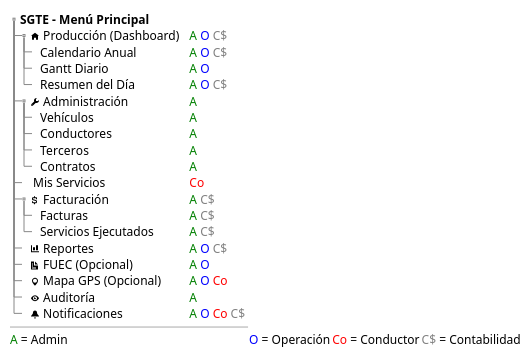
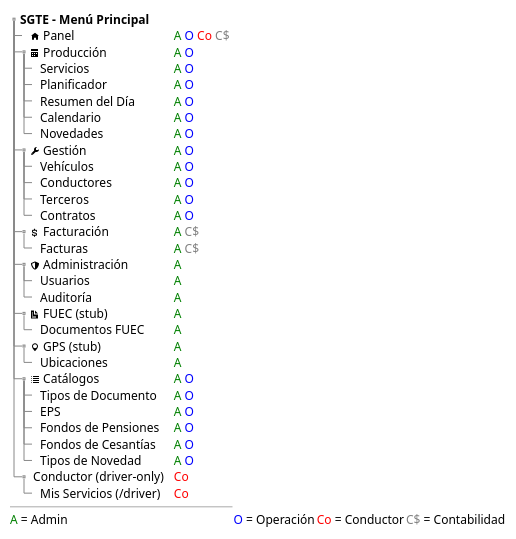
One commit to cristian-home/sgte-app changed the eighth of 8 diagrams in docs/navigation.md. Above: the diagram before and after it, drawn with PlantUML. The commit also changed other lines of this file and 12 other files, not shown here.

````diff
--- a/docs/navigation.md
+++ b/docs/navigation.md
@@ -448,29 +461,40 @@
 ```plantuml
 @startsalt
 {
   {T
     + <b>SGTE - Menú Principal</b>
-    ++ <&home> Producción (Dashboard)       | <color:green>A</color> <color:blue>O</color> <color:gray>C$</color>
-    +++ Calendario Anual                     | <color:green>A</color> <color:blue>O</color> <color:gray>C$</color>
-    +++ Gantt Diario                         | <color:green>A</color> <color:blue>O</color>
-    +++ Resumen del Día                      | <color:green>A</color> <color:blue>O</color> <color:gray>C$</color>
-    ++ <&wrench> Administración              | <color:green>A</color>
-    +++ Vehículos                            | <color:green>A</color>
-    +++ Conductores                          | <color:green>A</color>
-    +++ Terceros                             | <color:green>A</color>
-    +++ Contratos                            | <color:green>A</color>
-    ++ <&truck> Mis Servicios                | <color:red>Co</color>
-    ++ <&dollar> Facturación                 | <color:green>A</color> <color:gray>C$</color>
-    +++ Facturas                             | <color:green>A</color> <color:gray>C$</color>
-    +++ Servicios Ejecutados                 | <color:green>A</color> <color:gray>C$</color>
-    ++ <&bar-chart> Reportes                 | <color:green>A</color> <color:blue>O</color> <color:gray>C$</color>
-    ++ <&document> FUEC (Opcional)           | <color:green>A</color> <color:blue>O</color>
-    ++ <&map-marker> Mapa GPS (Opcional)     | <color:green>A</color> <color:blue>O</color> <color:red>Co</color>
-    ++ <&eye> Auditoría                      | <color:green>A</color>
-    ++ <&bell> Notificaciones                | <color:green>A</color> <color:blue>O</color> <color:red>Co</color> <color:gray>C$</color>
+    ++ <&home> Panel                          | <color:green>A</color> <color:blue>O</color> <color:red>Co</color> <color:gray>C$</color>
+    ++ <&calendar> Producción                 | <color:green>A</color> <color:blue>O</color>
+    +++ Servicios                              | <color:green>A</color> <color:blue>O</color>
+    +++ Planificador                           | <color:green>A</color> <color:blue>O</color>
+    +++ Resumen del Día                        | <color:green>A</color> <color:blue>O</color>
+    +++ Calendario                             | <color:green>A</color> <color:blue>O</color>
+    +++ Novedades                              | <color:green>A</color> <color:blue>O</color>
+    ++ <&wrench> Gestión                      | <color:green>A</color> <color:blue>O</color>
+    +++ Vehículos                              | <color:green>A</color> <color:blue>O</color>
+    +++ Conductores                            | <color:green>A</color> <color:blue>O</color>
+    +++ Terceros                               | <color:green>A</color> <color:blue>O</color>
+    +++ Contratos                              | <color:green>A</color> <color:blue>O</color>
+    ++ <&dollar> Facturación                  | <color:green>A</color> <color:gray>C$</color>
+    +++ Facturas                               | <color:green>A</color> <color:gray>C$</color>
+    ++ <&shield> Administración               | <color:green>A</color>
+    +++ Usuarios                               | <color:green>A</color>
+    +++ Auditoría                              | <color:green>A</color>
+    ++ <&document> FUEC (stub)                | <color:green>A</color>
+    +++ Documentos FUEC                        | <color:green>A</color>
+    ++ <&map-marker> GPS (stub)               | <color:green>A</color>
+    +++ Ubicaciones                            | <color:green>A</color>
+    ++ <&list> Catálogos                      | <color:green>A</color> <color:blue>O</color>
+    +++ Tipos de Documento                     | <color:green>A</color> <color:blue>O</color>
+    +++ EPS                                    | <color:green>A</color> <color:blue>O</color>
+    +++ Fondos de Pensiones                    | <color:green>A</color> <color:blue>O</color>
+    +++ Fondos de Cesantías                    | <color:green>A</color> <color:blue>O</color>
+    +++ Tipos de Novedad                       | <color:green>A</color> <color:blue>O</color>
+    ++ <&truck> Conductor (driver-only)       | <color:red>Co</color>
+    +++ Mis Servicios (/driver)                | <color:red>Co</color>
   }
   ---
   <color:green>A</color> = Admin  |  <color:blue>O</color> = Operación  |  <color:red>Co</color> = Conductor  |  <color:gray>C$</color> = Contabilidad
 }
 @endsalt
 ```
````
